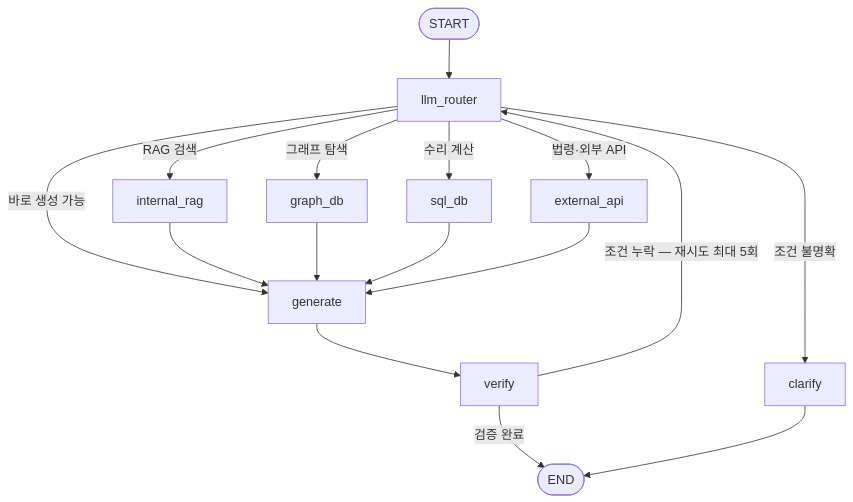
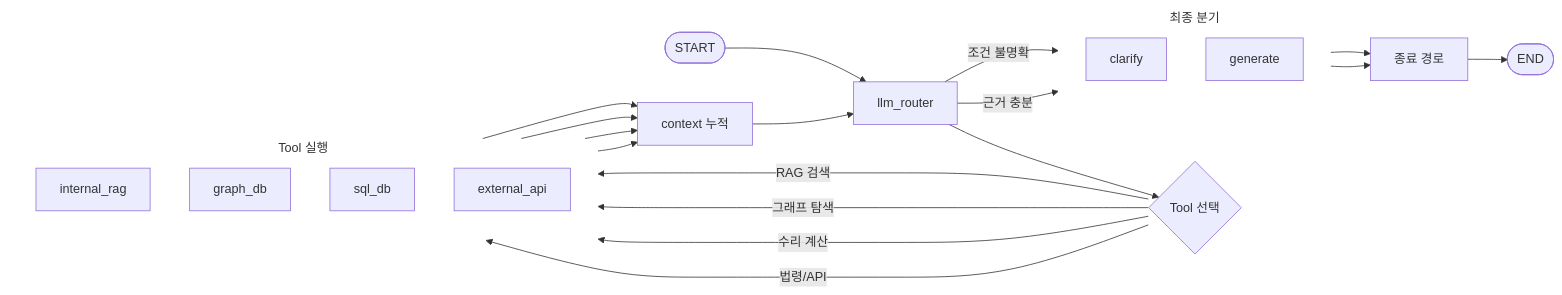
One commit to Somber-7/SKN29-3rd-4Team changed the second of 3 diagrams in docs/기획/프로젝트_결과.md. Above: the diagram before and after it, drawn with Mermaid. The commit also changed other lines of this file, not shown here.

````diff
--- a/docs/기획/프로젝트_결과.md
+++ b/docs/기획/프로젝트_결과.md
@@ -88,15 +216,38 @@
 ```mermaid
-flowchart TD
-    S([START]) --> R[llm_router]
-    R -->|RAG 검색| A[internal_rag]
-    R -->|그래프 탐색| B[graph_db]
-    R -->|수리 계산| C[sql_db]
-    R -->|법령·외부 API| D[external_api]
-    R -->|조건 불명확| E[clarify]
-    R -->|바로 생성 가능| F[generate]
-    A & B & C & D --> F
-    F --> V[verify]
-    V -->|조건 누락 — 재시도 최대 5회| R
-    V -->|검증 완료| END([END])
-    E --> END
+flowchart LR
+    S([START]) --> R["llm_router"]
+    R --> T{"Tool 선택"}
+
+    subgraph TOOLS["Tool 실행"]
+        direction TB
+        A["internal_rag"]
+        B["graph_db"]
+        C["sql_db"]
+        D["external_api"]
+    end
+
+    T -->|RAG 검색| A
+    T -->|그래프 탐색| B
+    T -->|수리 계산| C
+    T -->|법령/API| D
+    A --> CXT["context 누적"]
+    B --> CXT
+    C --> CXT
+    D --> CXT
+    CXT --> R
+
+    subgraph FINAL["최종 분기"]
+        direction TB
+        E["clarify"]
+        F["generate"]
+    end
+
+    style TOOLS fill:transparent,stroke:transparent
+    style FINAL fill:transparent,stroke:transparent
+
+    R -->|조건 불명확| E
+    R -->|근거 충분| F
+    E --> Z["종료 경로"]
+    F --> Z
+    Z --> END([END])
 ```
````
